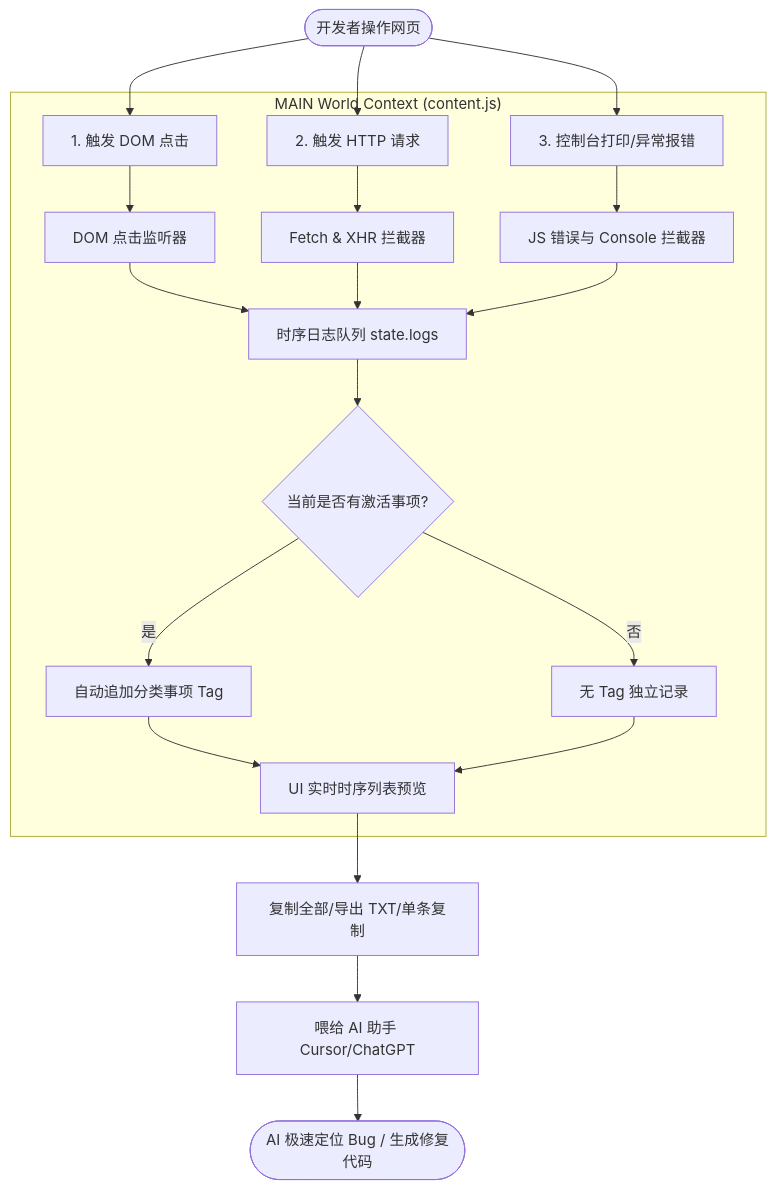
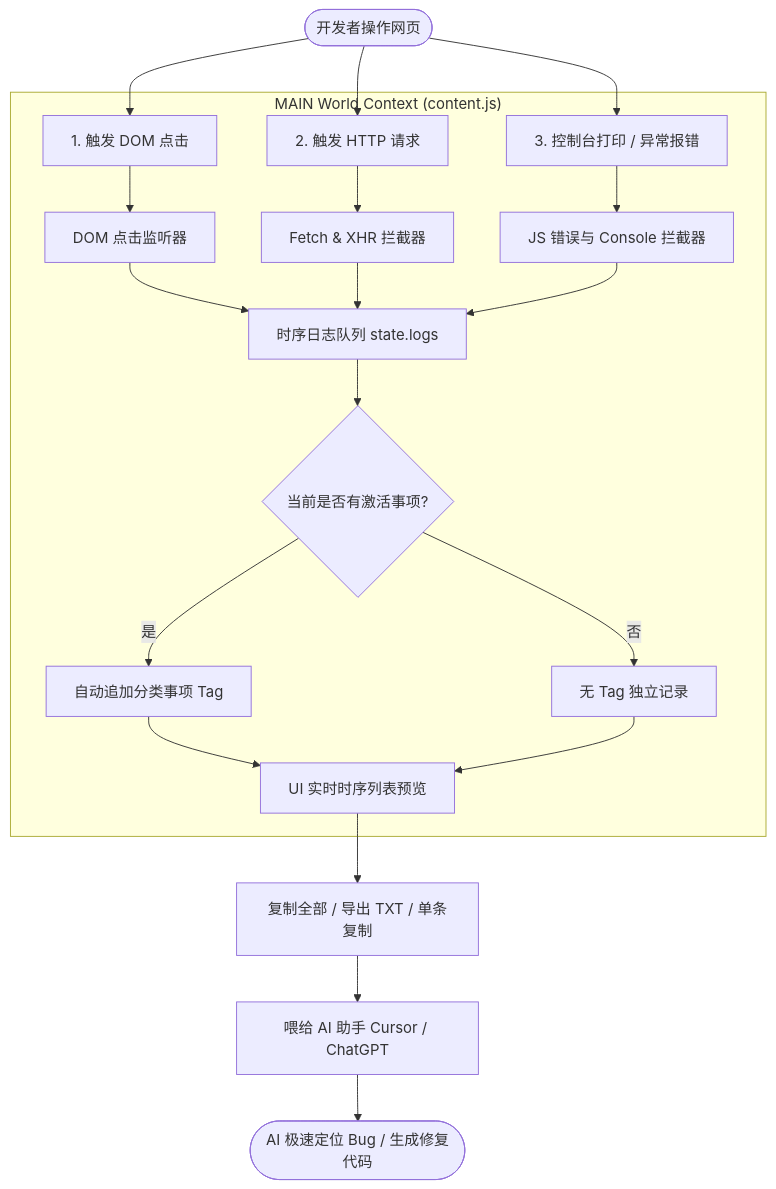
The diagram in README.zh-CN.md (FQFangQi/tagged-request-logger), drawn with Mermaid before and after one commit. The commit also changed other lines of this file and 2 other files, not shown here.

Commit message:
fix: resolve Mermaid character truncation, duplicate UI icons, double back arrows, optimize image descriptions, and document language switching

````diff
--- a/README.zh-CN.md
+++ b/README.zh-CN.md
@@ -52,28 +56,28 @@
 ```mermaid
 graph TD
-    User([开发者操作网页]) --> ClickEvent[1. 触发 DOM 点击]
-    User --> FetchXHR[2. 触发 HTTP 请求]
-    User --> ConsoleMsg[3. 控制台打印/异常报错]
+    User([ 开发者操作网页 ]) --> ClickEvent[ 1. 触发 DOM 点击 ]
+    User --> FetchXHR[ 2. 触发 HTTP 请求 ]
+    User --> ConsoleMsg[ 3. 控制台打印 / 异常报错 ]
 
     subgraph "MAIN World Context (content.js)"
-        ClickEvent --> ClickTracker[DOM 点击监听器]
-        FetchXHR --> HttpInterceptor[Fetch & XHR 拦截器]
-        ConsoleMsg --> ErrorConsoleTracker[JS 错误与 Console 拦截器]
+        ClickEvent --> ClickTracker[ DOM 点击监听器 ]
+        FetchXHR --> HttpInterceptor[ Fetch & XHR 拦截器 ]
+        ConsoleMsg --> ErrorConsoleTracker[ JS 错误与 Console 拦截器 ]
 
-        ClickTracker --> LoggerState[时序日志队列 state.logs]
+        ClickTracker --> LoggerState[ 时序日志队列 state.logs ]
         HttpInterceptor --> LoggerState
         ErrorConsoleTracker --> LoggerState
 
-        ActiveTag{当前是否有激活事项?}
+        ActiveTag{ 当前是否有激活事项? }
         LoggerState --> ActiveTag
-        ActiveTag -- 是 --> ApplyTag[自动追加分类事项 Tag]
-        ActiveTag -- 否 --> NoTag[无 Tag 独立记录]
+        ActiveTag -- 是 --> ApplyTag[ 自动追加分类事项 Tag ]
+        ActiveTag -- 否 --> NoTag[ 无 Tag 独立记录 ]
         
-        ApplyTag --> PanelUI[UI 实时时序列表预览]
+        ApplyTag --> PanelUI[ UI 实时时序列表预览 ]
         NoTag --> PanelUI
     end
 
-    PanelUI --> ExportAction[复制全部/导出 TXT/单条复制]
-    ExportAction --> AICopilot[喂给 AI 助手 Cursor/ChatGPT]
-    AICopilot --> DebugResult([AI 极速定位 Bug / 生成修复代码])
+    PanelUI --> ExportAction[ 复制全部 / 导出 TXT / 单条复制 ]
+    ExportAction --> AICopilot[ 喂给 AI 助手 Cursor / ChatGPT ]
+    AICopilot --> DebugResult([ AI 极速定位 Bug / 生成修复代码 ])
 ```
````
